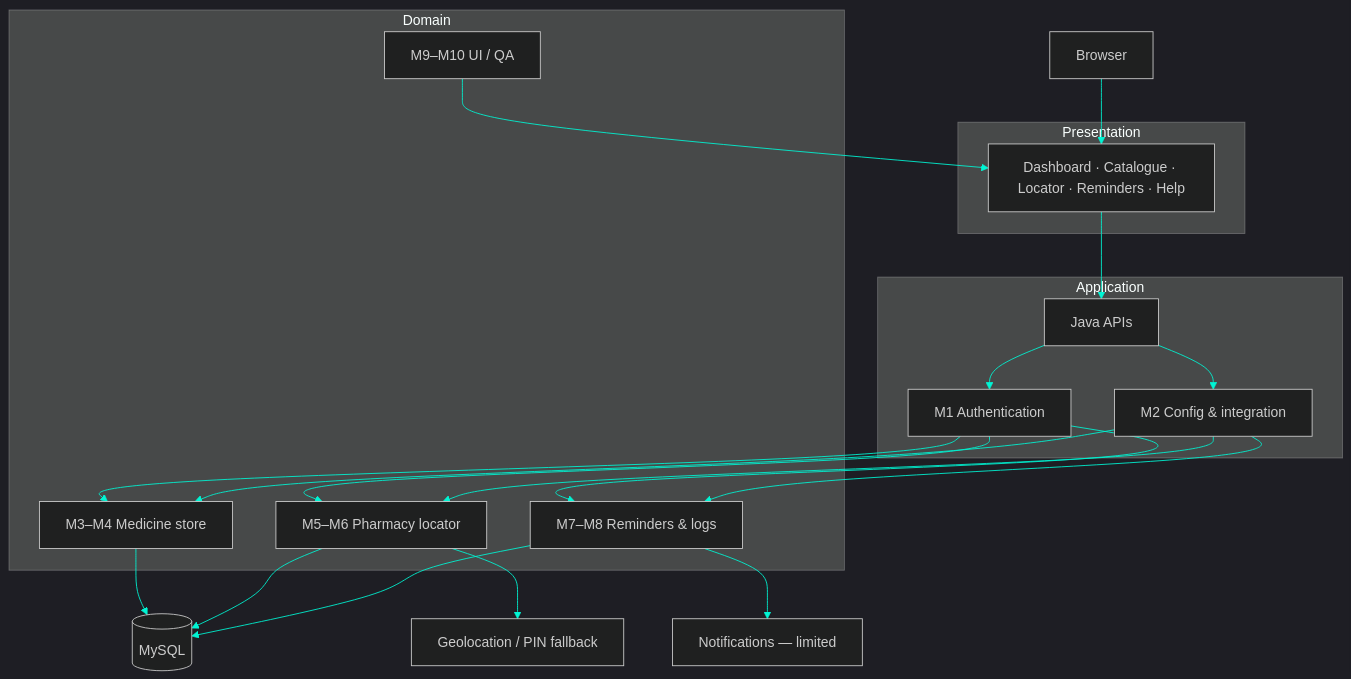
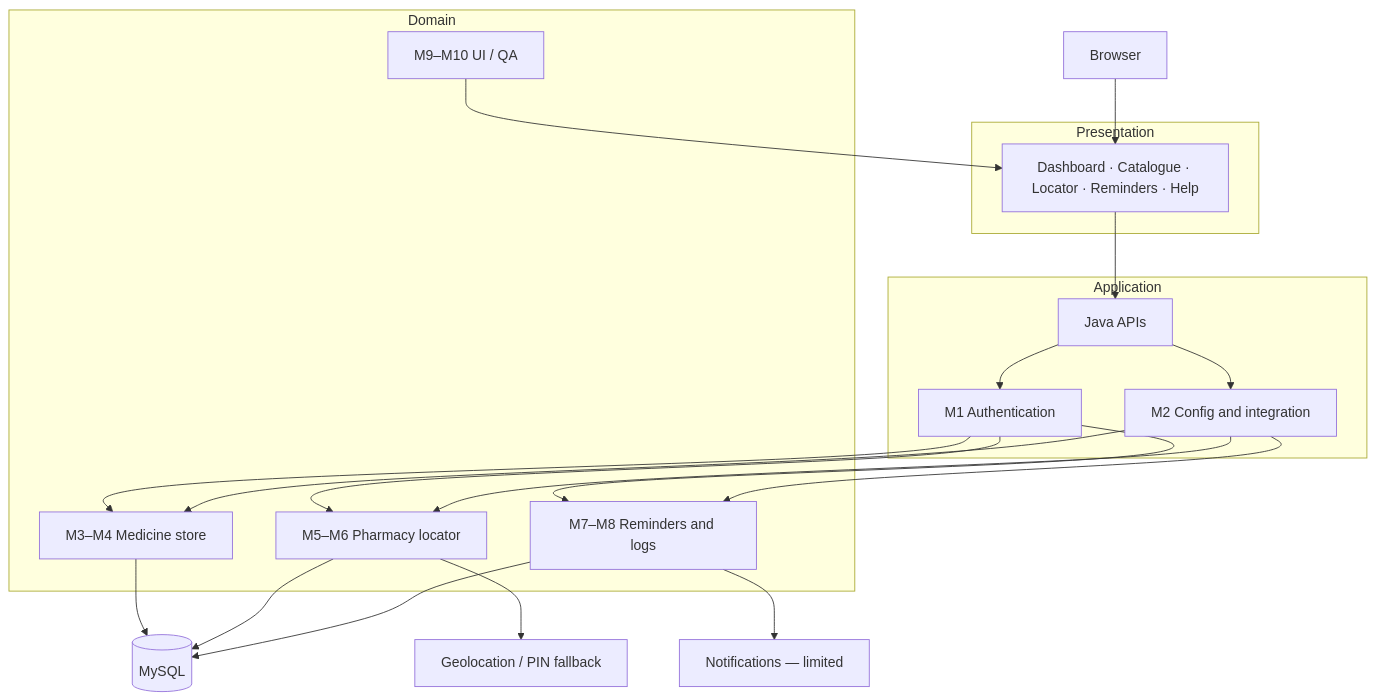
One commit to ratnsharma21/MediFinder changed the second of 5 diagrams in README.md. Above: the diagram before and after it, drawn with Mermaid. The commit also changed other lines of this file, not shown here.

````diff
--- a/README.md
+++ b/README.md
@@ -300,42 +268,41 @@
 ```mermaid
-%%{init: {'theme':'dark','themeVariables': {'primaryColor':'#0f766e','primaryTextColor':'#ccfbf1','lineColor':'#00f5d4','secondaryColor':'#1e1b4b','tertiaryColor':'#020617'}}}%%
 flowchart TB
-  U["Browser"]
+  U[Browser]
 
-  subgraph P["Presentation"]
-    UI["Dashboard · Catalogue · Locator · Reminders · Help"]
+  subgraph Presentation
+    UI[Dashboard · Catalogue · Locator · Reminders · Help]
   end
 
-  subgraph A["Application"]
-    API["Java APIs"]
-    AUTH["M1 Authentication"]
-    CFG["M2 Config & integration"]
+  subgraph Application
+    API[Java APIs]
+    AUTH[M1 Authentication]
+    CFG[M2 Config and integration]
   end
 
-  subgraph B["Domain"]
-    CAT["M3–M4 Medicine store"]
-    LOC["M5–M6 Pharmacy locator"]
-    REM["M7–M8 Reminders & logs"]
-    SHELL["M9–M10 UI / QA"]
+  subgraph Domain
+    CAT[M3–M4 Medicine store]
+    LOC[M5–M6 Pharmacy locator]
+    REM[M7–M8 Reminders and logs]
+    SHELL[M9–M10 UI / QA]
   end
 
-  DB[("MySQL")]
-  GEO["Geolocation / PIN fallback"]
-  NTF["Notifications — limited"]
+  DB[(MySQL)]
+  GEO[Geolocation / PIN fallback]
+  NTF[Notifications — limited]
 
   U --> UI --> API
   API --> AUTH
   API --> CFG
   AUTH --> CAT
   AUTH --> LOC
   AUTH --> REM
   CFG --> CAT
   CFG --> LOC
   CFG --> REM
   CAT --> DB
   LOC --> DB
   REM --> DB
   LOC --> GEO
   REM --> NTF
   SHELL --> UI
 ```
````
